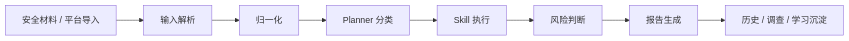
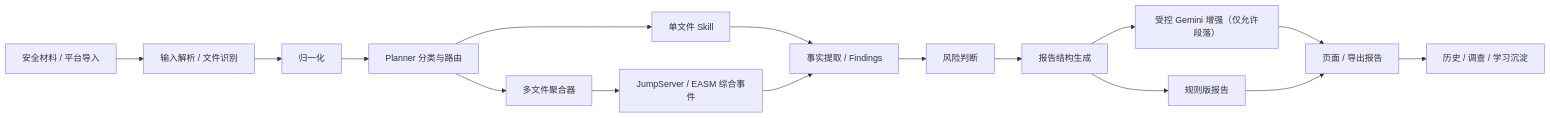
The first of 2 diagrams in README.md (edmund-xl/MegaETH-AI-Security), drawn with Mermaid before and after one commit. The commit also changed other lines of this file and 1 other file, not shown here.

Commit message:
Improve architecture diagrams for composite analysis flow

````diff
--- a/README.md
+++ b/README.md
@@ -81,10 +81,18 @@
 ```mermaid
 flowchart LR
-    A["安全材料 / 平台导入"] --> B["输入解析"]
+    A["安全材料 / 平台导入"] --> B["输入解析 / 文件识别"]
     B --> C["归一化"]
-    C --> D["Planner 分类"]
-    D --> E["Skill 执行"]
-    E --> F["风险判断"]
-    F --> G["报告生成"]
-    G --> H["历史 / 调查 / 学习沉淀"]
+    C --> D["Planner 分类与路由"]
+    D --> E1["单文件 Skill"]
+    D --> E2["多文件聚合器"]
+    E2 --> E3["JumpServer / EASM 综合事件"]
+    E1 --> F["事实提取 / Findings"]
+    E3 --> F
+    F --> G["风险判断"]
+    G --> H["报告结构生成"]
+    H --> I["受控 Gemini 增强（仅允许段落）"]
+    H --> J["规则版报告"]
+    I --> K["页面 / 导出报告"]
+    J --> K
+    K --> L["历史 / 调查 / 学习沉淀"]
 ```
````
